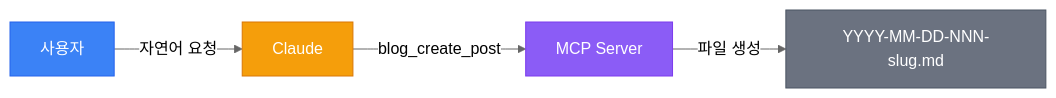
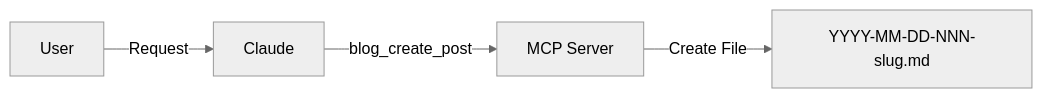
Before and after one commit to yarang/blogs: the fourth of 5 diagrams in content/ko/post/2026-02-21-004-mcp-blog-automation.md, drawn with Mermaid (neutral theme). The commit also changed other lines of this file and 3 other files, not shown here.

First line of the commit message:
Simplify Mermaid diagrams for web compatibility

````diff
--- a/content/ko/post/2026-02-21-004-mcp-blog-automation.md
+++ b/content/ko/post/2026-02-21-004-mcp-blog-automation.md
@@ -179,11 +176,6 @@
 ```mermaid
 flowchart LR
-    classDef user fill:#3B82F6,stroke:#2563EB,color:#fff
-    classDef claude fill:#F59E0B,stroke:#D97706,color:#fff
-    classDef mcp fill:#8B5CF6,stroke:#7C3AED,color:#fff
-    classDef file fill:#6B7280,stroke:#4B5563,color:#fff
-
-    User["사용자"]:::user -->|"자연어 요청"| Claude["Claude"]:::claude
-    Claude -->|"blog_create_post"| MCP["MCP Server"]:::mcp
-    MCP -->|"파일 생성"| Blog["YYYY-MM-DD-NNN-slug.md"]:::file
+    User -->|Request| Claude
+    Claude -->|blog_create_post| MCP[MCP Server]
+    MCP -->|Create File| Blog[YYYY-MM-DD-NNN-slug.md]
 ```
````
